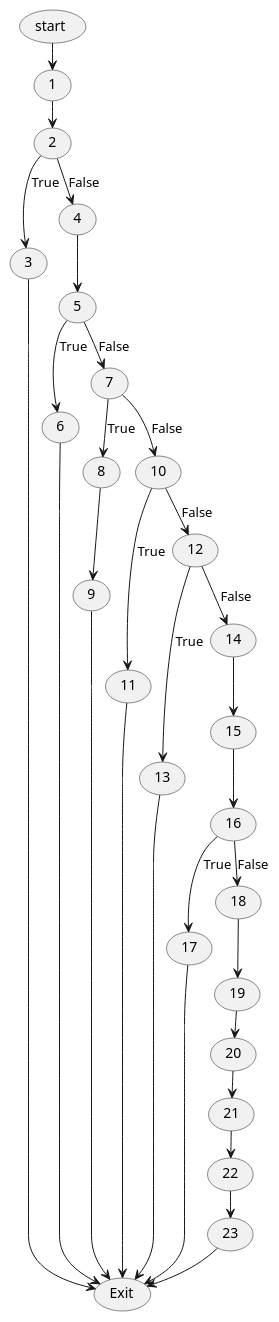
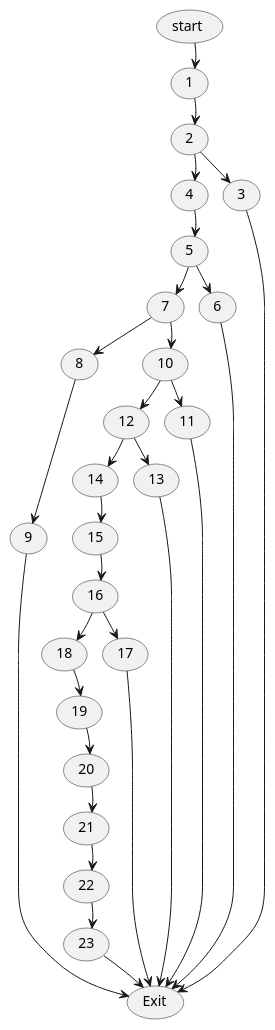
The diagram in docs/white_box_testing/register_user/02_control_flow_graph.puml (chuonghoai/MarketPlace), drawn with PlantUML before and after one commit. The commit also changed 7 other files, not shown here.

```diff
--- a/docs/white_box_testing/register_user/02_control_flow_graph.puml
+++ b/docs/white_box_testing/register_user/02_control_flow_graph.puml
@@ -1,63 +1,95 @@
-@startuml 02_control_flow_graph
-
+@startuml
 skinparam nodesep 15
 skinparam ranksep 25
 
 usecase "start" as start_node
 usecase "1" as n1
 usecase "2" as n2
 usecase "3" as n3
 usecase "4" as n4
 usecase "5" as n5
 usecase "6" as n6
 usecase "7" as n7
 usecase "8" as n8
 usecase "9" as n9
 usecase "10" as n10
 usecase "11" as n11
 usecase "12" as n12
 usecase "13" as n13
 usecase "14" as n14
 usecase "15" as n15
 usecase "16" as n16
 usecase "17" as n17
 usecase "18" as n18
 usecase "19" as n19
 usecase "20" as n20
 usecase "21" as n21
 usecase "22" as n22
 usecase "23" as n23
 usecase "Exit" as end_node
 
+start_node -[hidden]down-> n1
+n1 -[hidden]down-> n2
+n2 -[hidden]down-> n4
+n4 -[hidden]down-> n5
+n5 -[hidden]down-> n7
+n7 -[hidden]down-> n10
+n10 -[hidden]down-> n12
+n12 -[hidden]down-> n14
+n14 -[hidden]down-> n15
+n15 -[hidden]down-> n16
+n16 -[hidden]down-> n18
+n18 -[hidden]down-> n19
+n19 -[hidden]down-> n20
+n20 -[hidden]down-> n21
+n21 -[hidden]down-> n22
+n22 -[hidden]down-> n23
+n23 -[hidden]down-> end_node
+
+n4 -[hidden]right-> n3
+n7 -[hidden]right-> n6
+n12 -[hidden]right-> n11
+n14 -[hidden]right-> n13
+n18 -[hidden]right-> n17
+
 start_node --> n1
 n1 --> n2
-n2 --> n3 : True
-n2 --> n4 : False
+
+n2 --> n4
+n2 --> n3
 n3 --> end_node
+
 n4 --> n5
-n5 --> n6 : True
-n5 --> n7 : False
+
+n5 --> n7
+n5 --> n6
 n6 --> end_node
-n7 --> n8 : True
-n7 --> n10 : False
+
+n7 --> n8
+n7 --> n10
 n8 --> n9
 n9 --> end_node
-n10 --> n11 : True
-n10 --> n12 : False
+
+n10 --> n12
+n10 --> n11
 n11 --> end_node
-n12 --> n13 : True
-n12 --> n14 : False
+
+n12 --> n14
+n12 --> n13
 n13 --> end_node
+
 n14 --> n15
 n15 --> n16
-n16 --> n17 : True
-n16 --> n18 : False
+
+n16 --> n18
+n16 --> n17
 n17 --> end_node
+
 n18 --> n19
 n19 --> n20
 n20 --> n21
 n21 --> n22
 n22 --> n23
 n23 --> end_node
 
 @enduml
```
